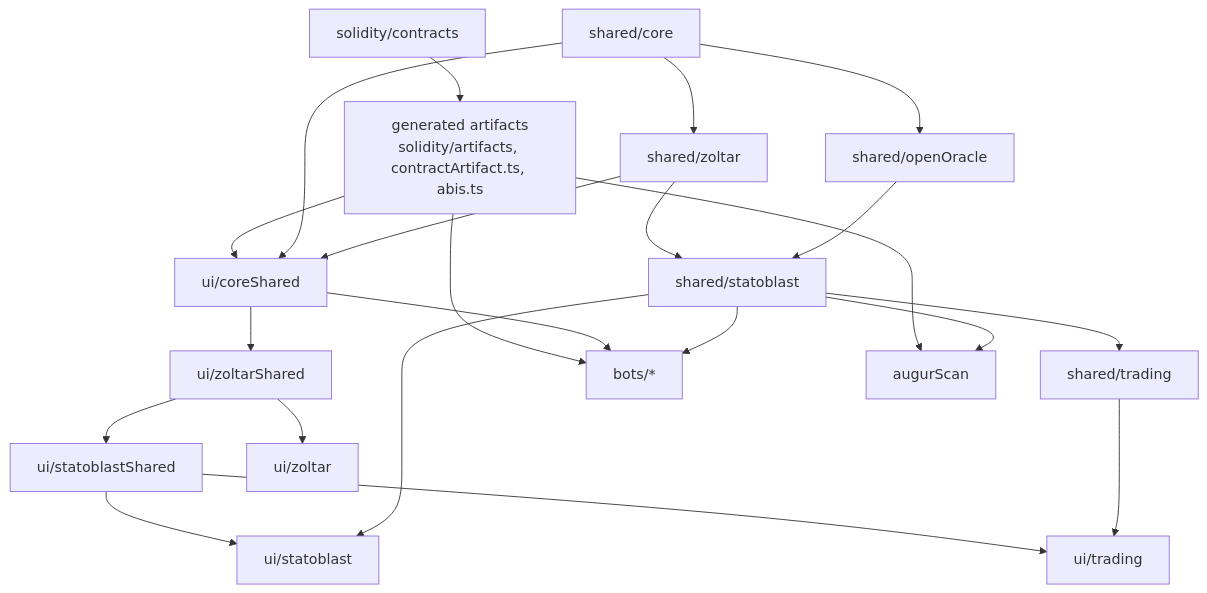
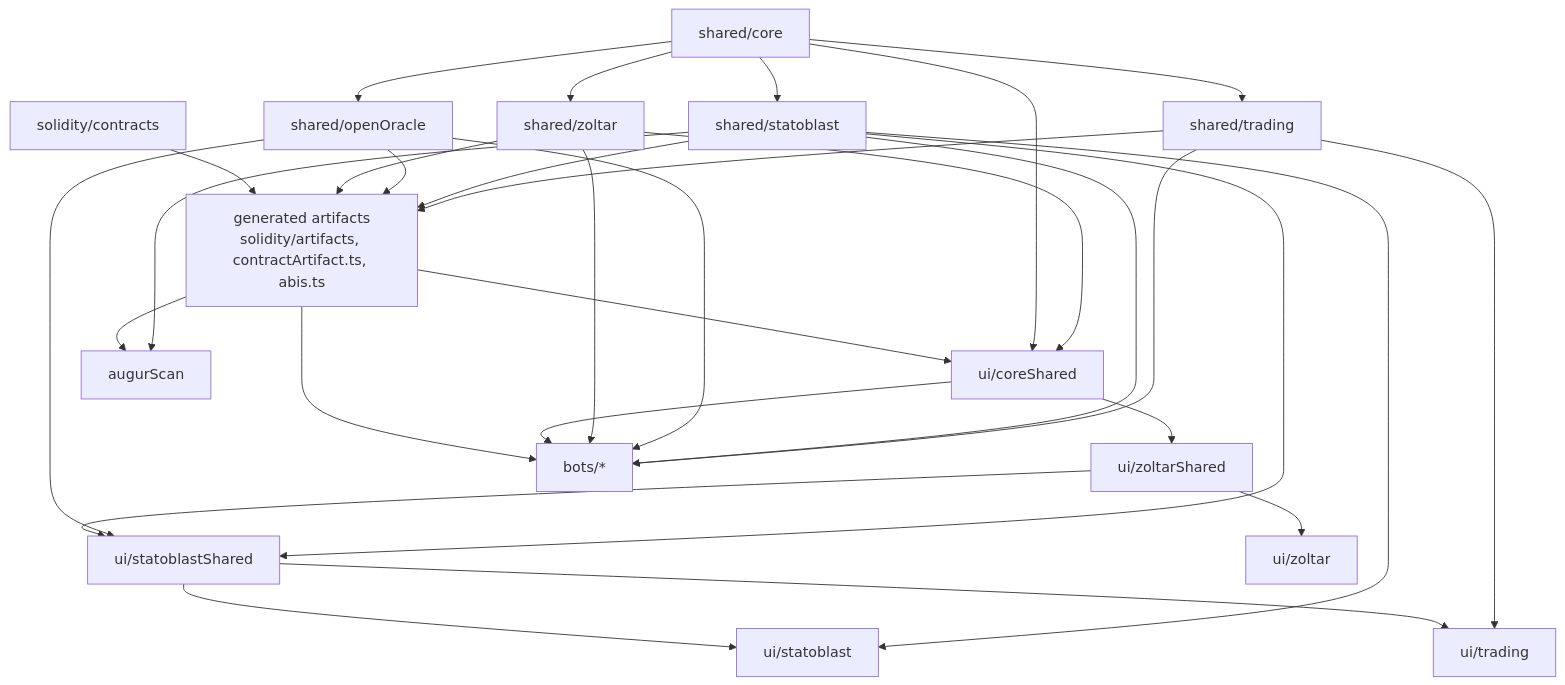
The diagram in ARCHITECTURE.md (AugurProject/zoltar), drawn with Mermaid before and after one commit. The commit also changed 394 other files, not shown here.

````diff
--- a/ARCHITECTURE.md
+++ b/ARCHITECTURE.md
@@ -22,13 +22,14 @@
 ```mermaid
 flowchart TD
 	contracts[solidity/contracts] --> artifacts[generated artifacts<br/>solidity/artifacts, contractArtifact.ts, abis.ts]
-	sharedCore[shared/core] --> sharedZoltar[shared/zoltar] & sharedOpenOracle[shared/openOracle]
-	sharedZoltar & sharedOpenOracle --> sharedStatoblast[shared/statoblast] --> sharedTrading[shared/trading]
+	sharedCore[shared/core] --> sharedZoltar[shared/zoltar] & sharedOpenOracle[shared/openOracle] & sharedStatoblast[shared/statoblast] & sharedTrading[shared/trading]
+	sharedZoltar & sharedOpenOracle & sharedStatoblast & sharedTrading --> artifacts
 	artifacts & sharedCore & sharedZoltar --> uiCore[ui/coreShared]
 	uiCore --> uiZoltarShared[ui/zoltarShared] --> uiStatoblastShared[ui/statoblastShared]
+	sharedOpenOracle & sharedStatoblast --> uiStatoblastShared
 	uiZoltarShared --> appZoltar[ui/zoltar]
 	uiStatoblastShared & sharedStatoblast --> appStatoblast[ui/statoblast]
 	uiStatoblastShared & sharedTrading --> appTrading[ui/trading]
-	artifacts & uiCore & sharedStatoblast --> bots[bots/*]
+	artifacts & uiCore & sharedZoltar & sharedOpenOracle & sharedStatoblast & sharedTrading --> bots[bots/*]
 	artifacts & sharedStatoblast --> augurScan[augurScan]
 ```
````
